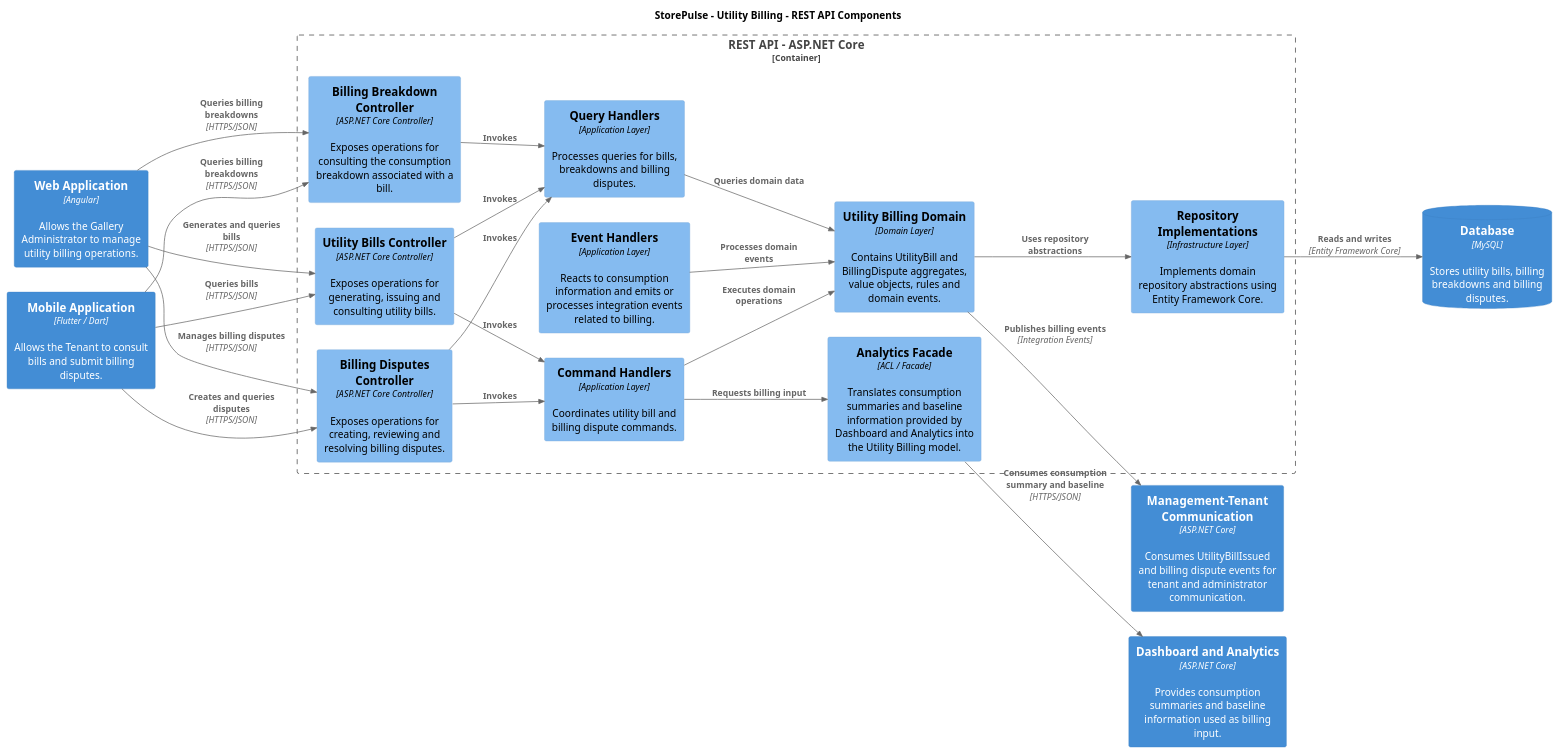
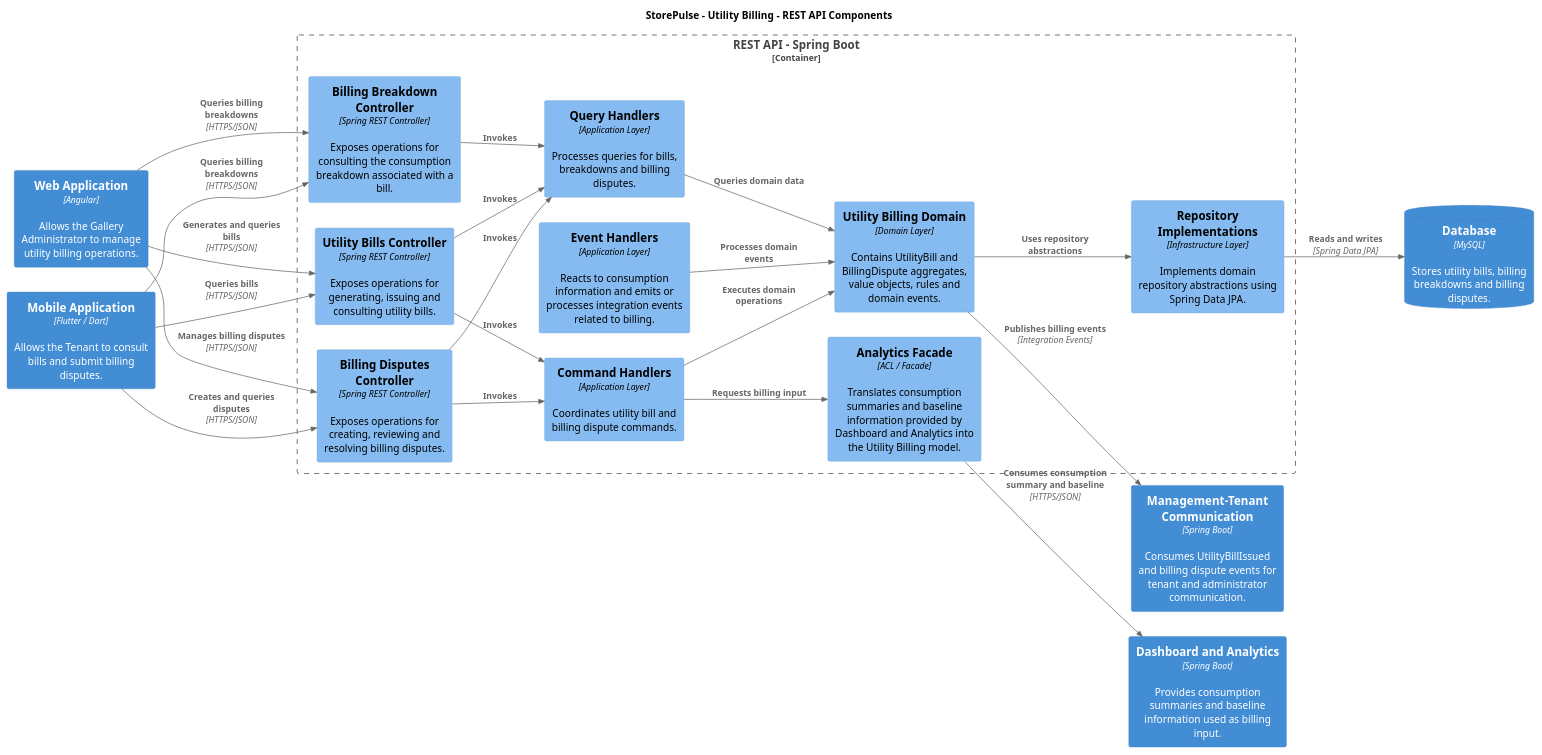
The diagram in assets/architecture/utility-billing/03-utility-billing-rest-api-component.puml (VanguardTechIot/storepulse-report), drawn with PlantUML before and after one commit. The commit also changed 33 other files, not shown here.

Commit message:
docs(architecture): replace dotnet references with spring boot

```diff
--- a/assets/architecture/utility-billing/03-utility-billing-rest-api-component.puml
+++ b/assets/architecture/utility-billing/03-utility-billing-rest-api-component.puml
@@ -1,57 +1,57 @@
 @startuml storepulse-utility-billing-rest-api-component
 
 !include https://raw.githubusercontent.com/plantuml-stdlib/C4-PlantUML/master/C4_Component.puml
 
 LAYOUT_LEFT_RIGHT()
 HIDE_STEREOTYPE()
 skinparam shadowing false
 skinparam defaultFontName Arial
 
 title StorePulse - Utility Billing - REST API Components
 
 Container(webApplication, "Web Application", "Angular", "Allows the Gallery Administrator to manage utility billing operations.")
 Container(mobileApplication, "Mobile Application", "Flutter / Dart", "Allows the Tenant to consult bills and submit billing disputes.")
 
-Container_Boundary(restApi, "REST API - ASP.NET Core") {
-    Component(utilityBillsController, "Utility Bills Controller", "ASP.NET Core Controller", "Exposes operations for generating, issuing and consulting utility bills.")
-    Component(billingBreakdownController, "Billing Breakdown Controller", "ASP.NET Core Controller", "Exposes operations for consulting the consumption breakdown associated with a bill.")
-    Component(billingDisputesController, "Billing Disputes Controller", "ASP.NET Core Controller", "Exposes operations for creating, reviewing and resolving billing disputes.")
+Container_Boundary(restApi, "REST API - Spring Boot") {
+    Component(utilityBillsController, "Utility Bills Controller", "Spring REST Controller", "Exposes operations for generating, issuing and consulting utility bills.")
+    Component(billingBreakdownController, "Billing Breakdown Controller", "Spring REST Controller", "Exposes operations for consulting the consumption breakdown associated with a bill.")
+    Component(billingDisputesController, "Billing Disputes Controller", "Spring REST Controller", "Exposes operations for creating, reviewing and resolving billing disputes.")
 
     Component(commandHandlers, "Command Handlers", "Application Layer", "Coordinates utility bill and billing dispute commands.")
     Component(queryHandlers, "Query Handlers", "Application Layer", "Processes queries for bills, breakdowns and billing disputes.")
     Component(eventHandlers, "Event Handlers", "Application Layer", "Reacts to consumption information and emits or processes integration events related to billing.")
 
     Component(utilityBillingDomain, "Utility Billing Domain", "Domain Layer", "Contains UtilityBill and BillingDispute aggregates, value objects, rules and domain events.")
-    Component(repositoryImplementations, "Repository Implementations", "Infrastructure Layer", "Implements domain repository abstractions using Entity Framework Core.")
+    Component(repositoryImplementations, "Repository Implementations", "Infrastructure Layer", "Implements domain repository abstractions using Spring Data JPA.")
     Component(analyticsFacade, "Analytics Facade", "ACL / Facade", "Translates consumption summaries and baseline information provided by Dashboard and Analytics into the Utility Billing model.")
 }
 
 ContainerDb(database, "Database", "MySQL", "Stores utility bills, billing breakdowns and billing disputes.")
-Container(analytics, "Dashboard and Analytics", "ASP.NET Core", "Provides consumption summaries and baseline information used as billing input.")
-Container(propertyCommunication, "Management-Tenant Communication", "ASP.NET Core", "Consumes UtilityBillIssued and billing dispute events for tenant and administrator communication.")
+Container(analytics, "Dashboard and Analytics", "Spring Boot", "Provides consumption summaries and baseline information used as billing input.")
+Container(propertyCommunication, "Management-Tenant Communication", "Spring Boot", "Consumes UtilityBillIssued and billing dispute events for tenant and administrator communication.")
 
 Rel(webApplication, utilityBillsController, "Generates and queries bills", "HTTPS/JSON")
 Rel(webApplication, billingBreakdownController, "Queries billing breakdowns", "HTTPS/JSON")
 Rel(webApplication, billingDisputesController, "Manages billing disputes", "HTTPS/JSON")
 
 Rel(mobileApplication, utilityBillsController, "Queries bills", "HTTPS/JSON")
 Rel(mobileApplication, billingBreakdownController, "Queries billing breakdowns", "HTTPS/JSON")
 Rel(mobileApplication, billingDisputesController, "Creates and queries disputes", "HTTPS/JSON")
 
 Rel(utilityBillsController, commandHandlers, "Invokes")
 Rel(utilityBillsController, queryHandlers, "Invokes")
 Rel(billingBreakdownController, queryHandlers, "Invokes")
 Rel(billingDisputesController, commandHandlers, "Invokes")
 Rel(billingDisputesController, queryHandlers, "Invokes")
 
 Rel(commandHandlers, utilityBillingDomain, "Executes domain operations")
 Rel(queryHandlers, utilityBillingDomain, "Queries domain data")
 Rel(eventHandlers, utilityBillingDomain, "Processes domain events")
 Rel(utilityBillingDomain, repositoryImplementations, "Uses repository abstractions")
-Rel(repositoryImplementations, database, "Reads and writes", "Entity Framework Core")
+Rel(repositoryImplementations, database, "Reads and writes", "Spring Data JPA")
 
 Rel(analyticsFacade, analytics, "Consumes consumption summary and baseline", "HTTPS/JSON")
 Rel(commandHandlers, analyticsFacade, "Requests billing input")
 Rel(utilityBillingDomain, propertyCommunication, "Publishes billing events", "Integration Events")
 
 @enduml
```
